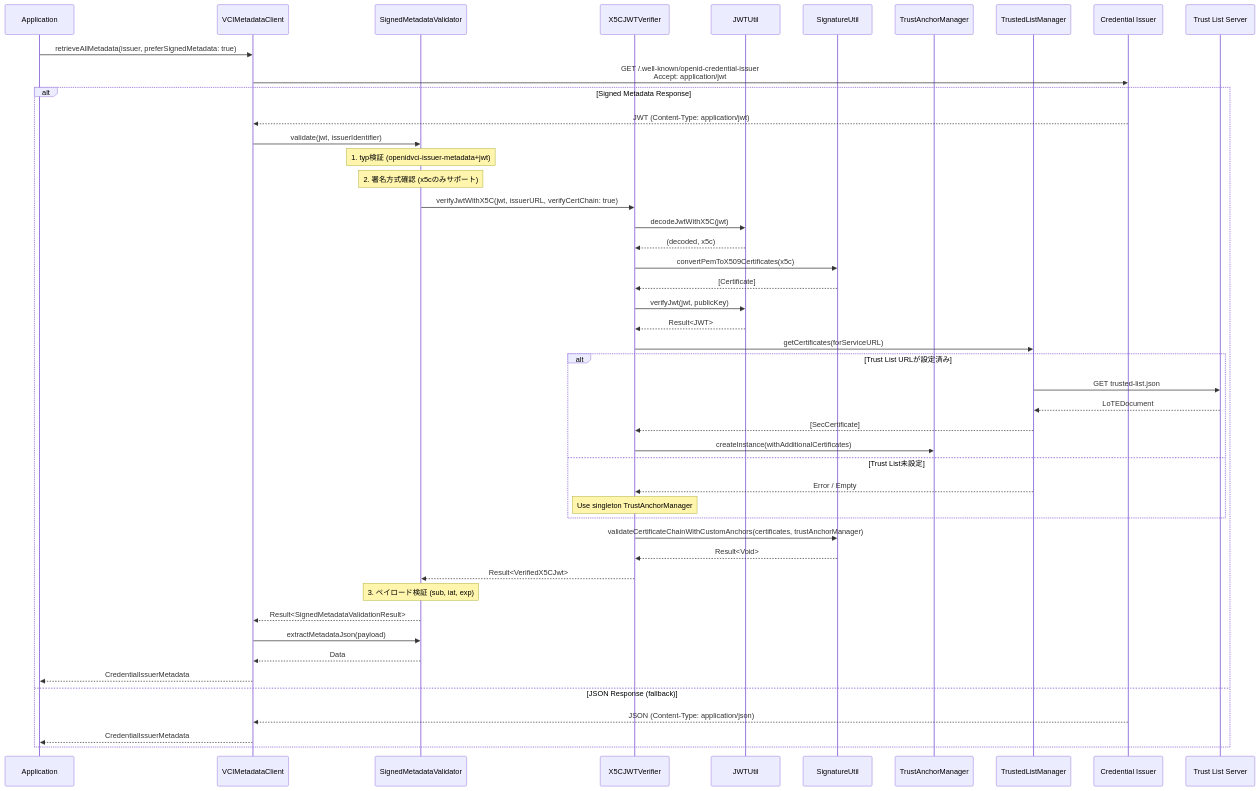
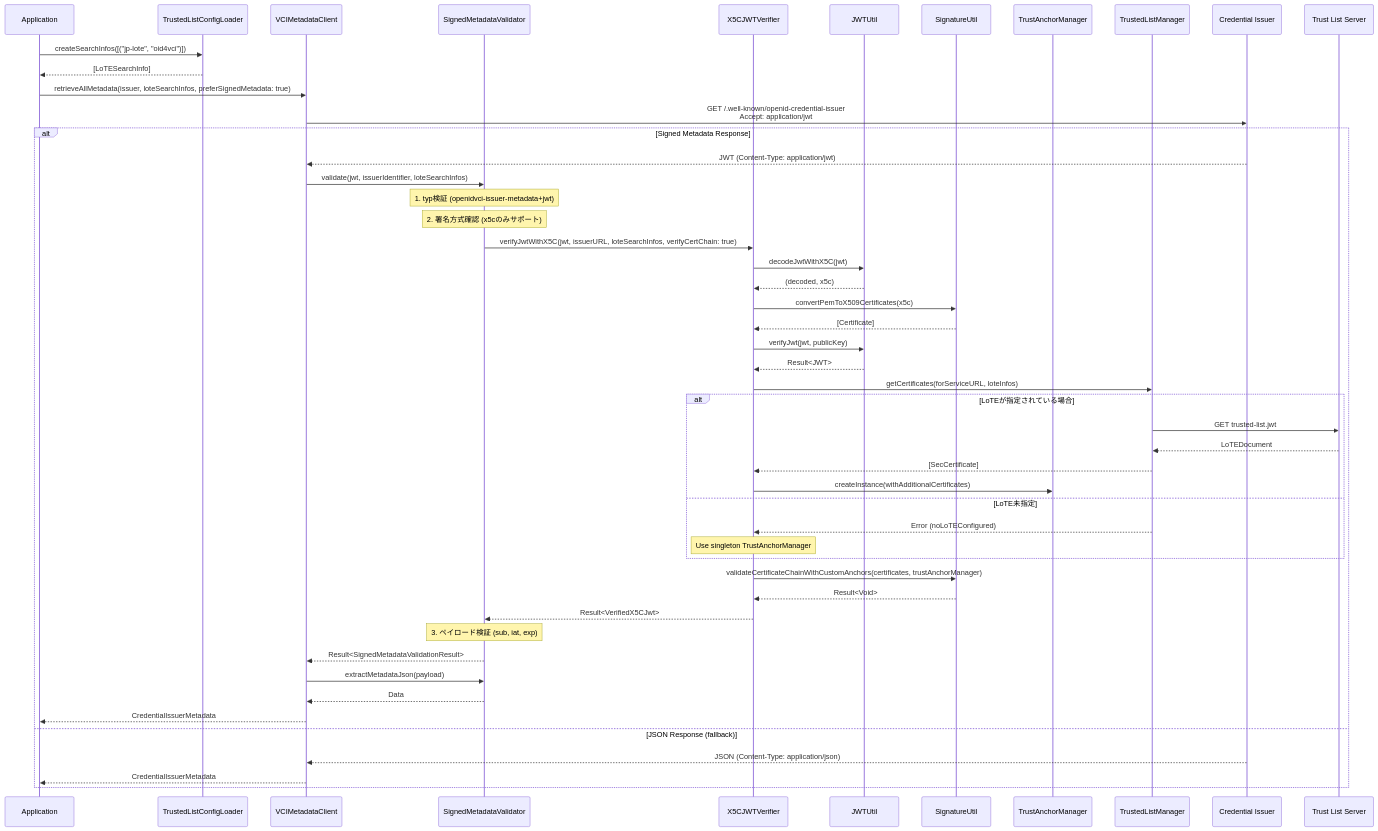
One commit to ryosuke-wakaba/OWND-Wallet-iOS changed the second of 4 diagrams in docs/features/credential-issuance/metadata-verification.md. Above: the diagram before and after it, drawn with Mermaid. The commit also changed other lines of this file and 1 other file, not shown here.

First line of the commit message:
docs: Update metadata-verification.md for LoTE service type support

````diff
--- a/docs/features/credential-issuance/metadata-verification.md
+++ b/docs/features/credential-issuance/metadata-verification.md
@@ -122,64 +140,68 @@
 ```mermaid
 sequenceDiagram
     participant App as Application
+    participant CFG as TrustedListConfigLoader
     participant VMC as VCIMetadataClient
     participant SMV as SignedMetadataValidator
     participant X5C as X5CJWTVerifier
     participant JWT as JWTUtil
     participant SIG as SignatureUtil
     participant TAM as TrustAnchorManager
     participant TLM as TrustedListManager
     participant Issuer as Credential Issuer
     participant TL as Trust List Server
 
-    App->>VMC: retrieveAllMetadata(issuer, preferSignedMetadata: true)
+    App->>CFG: createSearchInfos([("jp-lote", "oid4vci")])
+    CFG-->>App: [LoTESearchInfo]
+
+    App->>VMC: retrieveAllMetadata(issuer, loteSearchInfos, preferSignedMetadata: true)
     VMC->>Issuer: GET /.well-known/openid-credential-issuer<br/>Accept: application/jwt
 
     alt Signed Metadata Response
         Issuer-->>VMC: JWT (Content-Type: application/jwt)
-        VMC->>SMV: validate(jwt, issuerIdentifier)
+        VMC->>SMV: validate(jwt, issuerIdentifier, loteSearchInfos)
 
         Note over SMV: 1. typ検証 (openidvci-issuer-metadata+jwt)
         Note over SMV: 2. 署名方式確認 (x5cのみサポート)
 
-        SMV->>X5C: verifyJwtWithX5C(jwt, issuerURL, verifyCertChain: true)
+        SMV->>X5C: verifyJwtWithX5C(jwt, issuerURL, loteSearchInfos, verifyCertChain: true)
 
         X5C->>JWT: decodeJwtWithX5C(jwt)
         JWT-->>X5C: (decoded, x5c)
 
         X5C->>SIG: convertPemToX509Certificates(x5c)
         SIG-->>X5C: [Certificate]
 
         X5C->>JWT: verifyJwt(jwt, publicKey)
         JWT-->>X5C: Result<JWT>
 
-        X5C->>TLM: getCertificates(forServiceURL)
+        X5C->>TLM: getCertificates(forServiceURL, loteInfos)
 
-        alt Trust List URLが設定済み
-            TLM->>TL: GET trusted-list.json
+        alt LoTEが指定されている場合
+            TLM->>TL: GET trusted-list.jwt
             TL-->>TLM: LoTEDocument
             TLM-->>X5C: [SecCertificate]
             X5C->>TAM: createInstance(withAdditionalCertificates)
-        else Trust List未設定
-            TLM-->>X5C: Error / Empty
+        else LoTE未指定
+            TLM-->>X5C: Error (noLoTEConfigured)
             Note over X5C: Use singleton TrustAnchorManager
         end
 
         X5C->>SIG: validateCertificateChainWithCustomAnchors(certificates, trustAnchorManager)
         SIG-->>X5C: Result<Void>
 
         X5C-->>SMV: Result<VerifiedX5CJwt>
 
         Note over SMV: 3. ペイロード検証 (sub, iat, exp)
 
         SMV-->>VMC: Result<SignedMetadataValidationResult>
 
         VMC->>SMV: extractMetadataJson(payload)
         SMV-->>VMC: Data
         VMC-->>App: CredentialIssuerMetadata
 
     else JSON Response (fallback)
         Issuer-->>VMC: JSON (Content-Type: application/json)
         VMC-->>App: CredentialIssuerMetadata
     end
 ```
````
